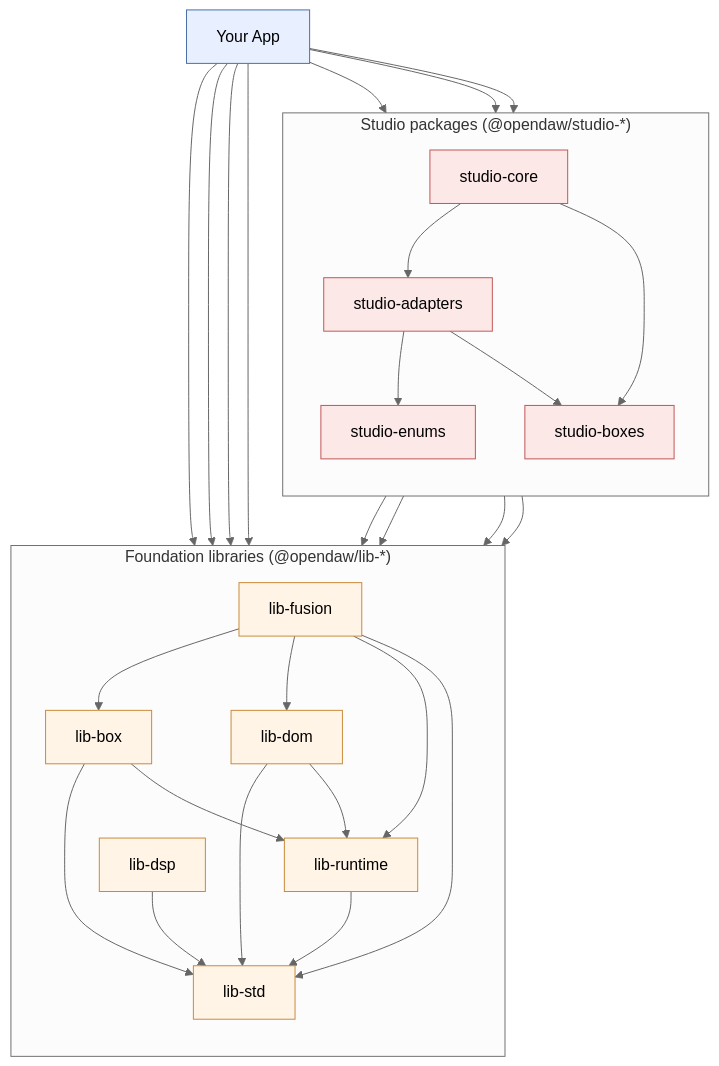
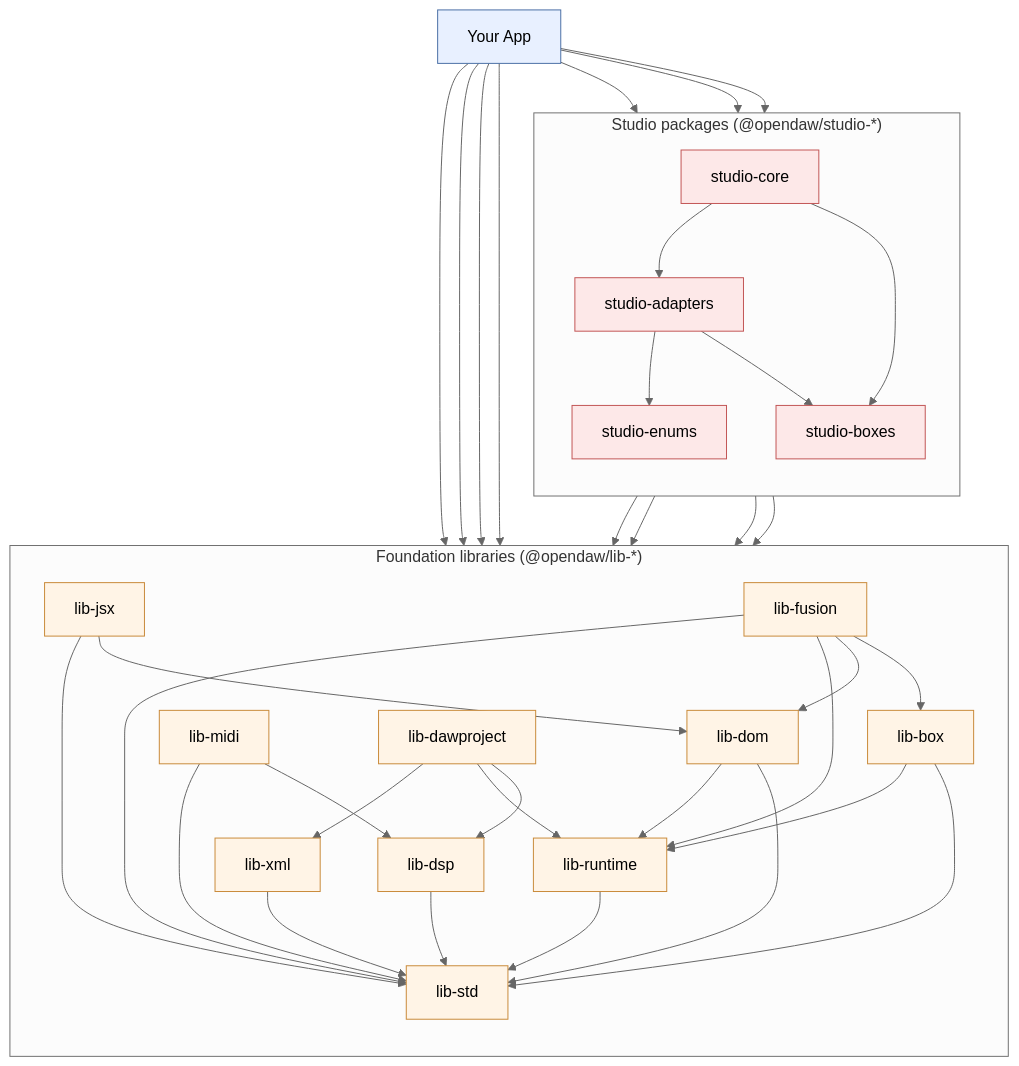
The second of 3 diagrams in documentation/00-system-architecture.md (naomiaro/opendaw-test), drawn with Mermaid (neutral theme) before and after one commit. The commit also changed other lines of this file, not shown here.

Commit message:
docs(architecture): add missing SDK packages to package-layout diagram (#36)
The package-layout mermaid in chapter 00 was missing 4 packages that
ship as part of the SDK on npm:

- lib-jsx (JSX runtime used by Studio's UI)
- lib-xml (typed XML reader/writer used by lib-dawproject)
- lib-midi (Standard MIDI File parser/emitter)
- lib-dawproject (importer/exporter for the cross-DAW DAW Project format)

Adds them to the diagram with their actual dependency arrows:
- lib-jsx → lib-dom, lib-std
- lib-xml → lib-std
- lib-midi → lib-dsp, lib-std
- lib-dawproject → lib-dsp, lib-runtime, lib-xml

Also expands the reading guide so every package mentioned in the
diagram has a one-line description (previously studio-enums and
lib-runtime were also missing entries).

````diff
--- a/documentation/00-system-architecture.md
+++ b/documentation/00-system-architecture.md
@@ -71,57 +71,69 @@
 ```mermaid
 flowchart TB
     subgraph Lib["Foundation libraries (@opendaw/lib-*)"]
         direction TB
         std["lib-std"]
         runtime["lib-runtime"]
         dom["lib-dom"]
+        jsx["lib-jsx"]
         dsp["lib-dsp"]
         box["lib-box"]
+        xml["lib-xml"]
+        midi["lib-midi"]
         fusion["lib-fusion"]
+        dawproject["lib-dawproject"]
     end
 
     subgraph Studio["Studio packages (@opendaw/studio-*)"]
         direction TB
         enums["studio-enums"]
         boxes["studio-boxes"]
         adapters["studio-adapters"]
         core["studio-core"]
     end
 
     App["Your App"]
 
     runtime --> std
     dom --> std
     dom --> runtime
+    jsx --> dom
+    jsx --> std
     dsp --> std
     box --> std
     box --> runtime
+    xml --> std
+    midi --> dsp
+    midi --> std
     fusion --> box
     fusion --> dom
     fusion --> runtime
     fusion --> std
+    dawproject --> dsp
+    dawproject --> runtime
+    dawproject --> xml
 
     boxes --> box
     adapters --> boxes
     adapters --> enums
     core --> adapters
     core --> boxes
     core --> fusion
     core --> dsp
     core --> dom
 
     App --> core
     App --> adapters
     App --> boxes
     App --> dom
     App --> dsp
     App --> std
     App --> fusion
 
     classDef lib fill:#fff4e6,stroke:#c98a3a,color:#000
     classDef studio fill:#fde8e8,stroke:#c25555,color:#000
     classDef app fill:#e8f0ff,stroke:#4a6fa5,color:#000
-    class std,runtime,dom,dsp,box,fusion lib
+    class std,runtime,dom,jsx,dsp,box,xml,midi,fusion,dawproject lib
     class enums,boxes,adapters,core studio
     class App app
 ```
````
